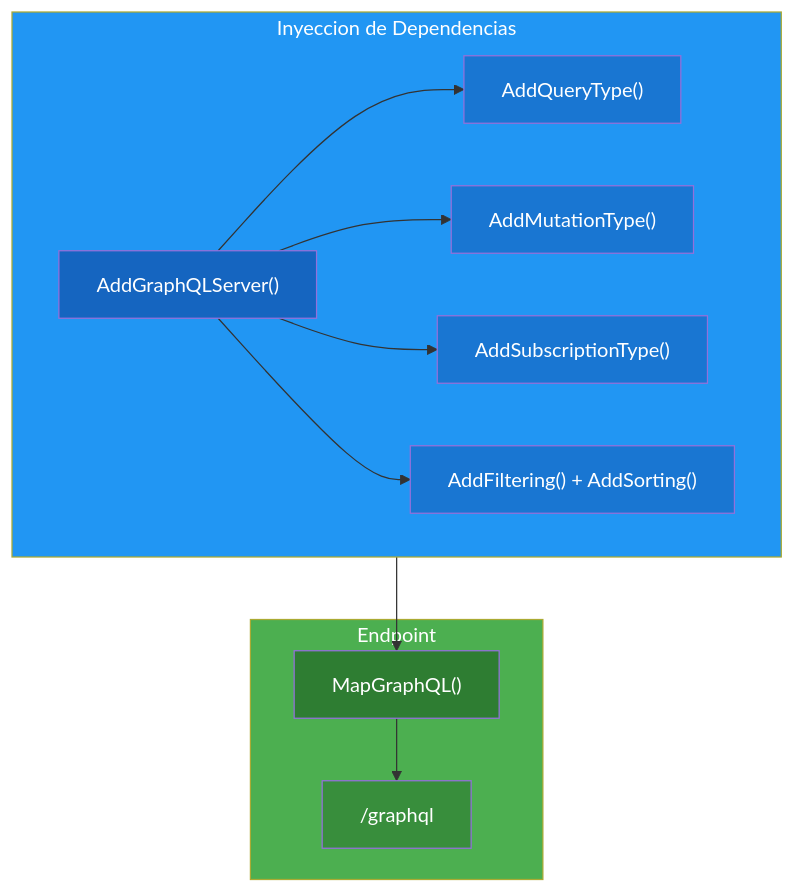
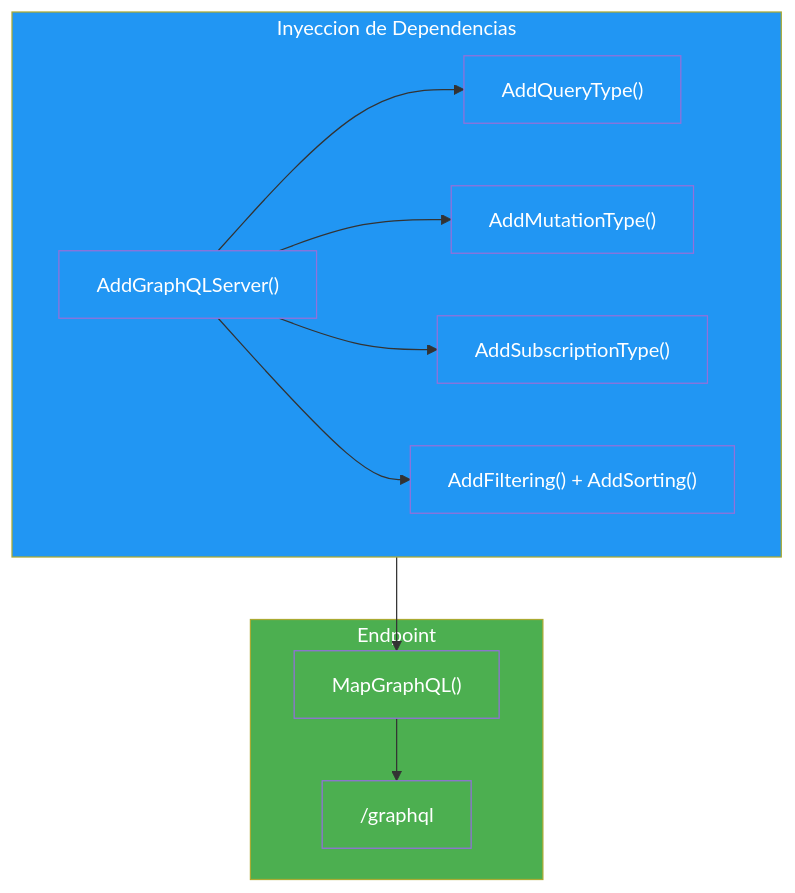
The third of 10 diagrams in 19-graphql.md (joseluisgs/DesarrolloWebEntornosServidor-02-2026-2027), drawn with Mermaid before and after one commit. The commit also changed other lines of this file and 3 other files, not shown here.

Commit message:
[fix] Actualizar estilos y contenido en los documentos de autenticación, autorización, WebSockets y GraphQL

````diff
--- a/19-graphql.md
+++ b/19-graphql.md
@@ -192,25 +195,25 @@
 ```mermaid
 flowchart TD
     subgraph DI["Inyeccion de Dependencias"]
         A["AddGraphQLServer()"] --> B["AddQueryType()"]
         A --> C["AddMutationType()"]
         A --> D["AddSubscriptionType()"]
         A --> E["AddFiltering() + AddSorting()"]
     end
 
     subgraph ENDPOINT["Endpoint"]
         F["MapGraphQL()"] --> G["/graphql"]
     end
 
     DI --> F
 
     style DI fill:#2196F3,color:#fff
     style ENDPOINT fill:#4CAF50,color:#fff
-    style A fill:#1565C0,color:#fff
-    style B fill:#1976D2,color:#fff
-    style C fill:#1976D2,color:#fff
-    style D fill:#1976D2,color:#fff
-    style E fill:#1976D2,color:#fff
-    style F fill:#2E7D32,color:#fff
-    style G fill:#388E3C,color:#fff
+    style A fill:#2196F3,color:#fff
+    style B fill:#2196F3,color:#fff
+    style C fill:#2196F3,color:#fff
+    style D fill:#2196F3,color:#fff
+    style E fill:#2196F3,color:#fff
+    style F fill:#4CAF50,color:#fff
+    style G fill:#4CAF50,color:#fff
 ```
````
